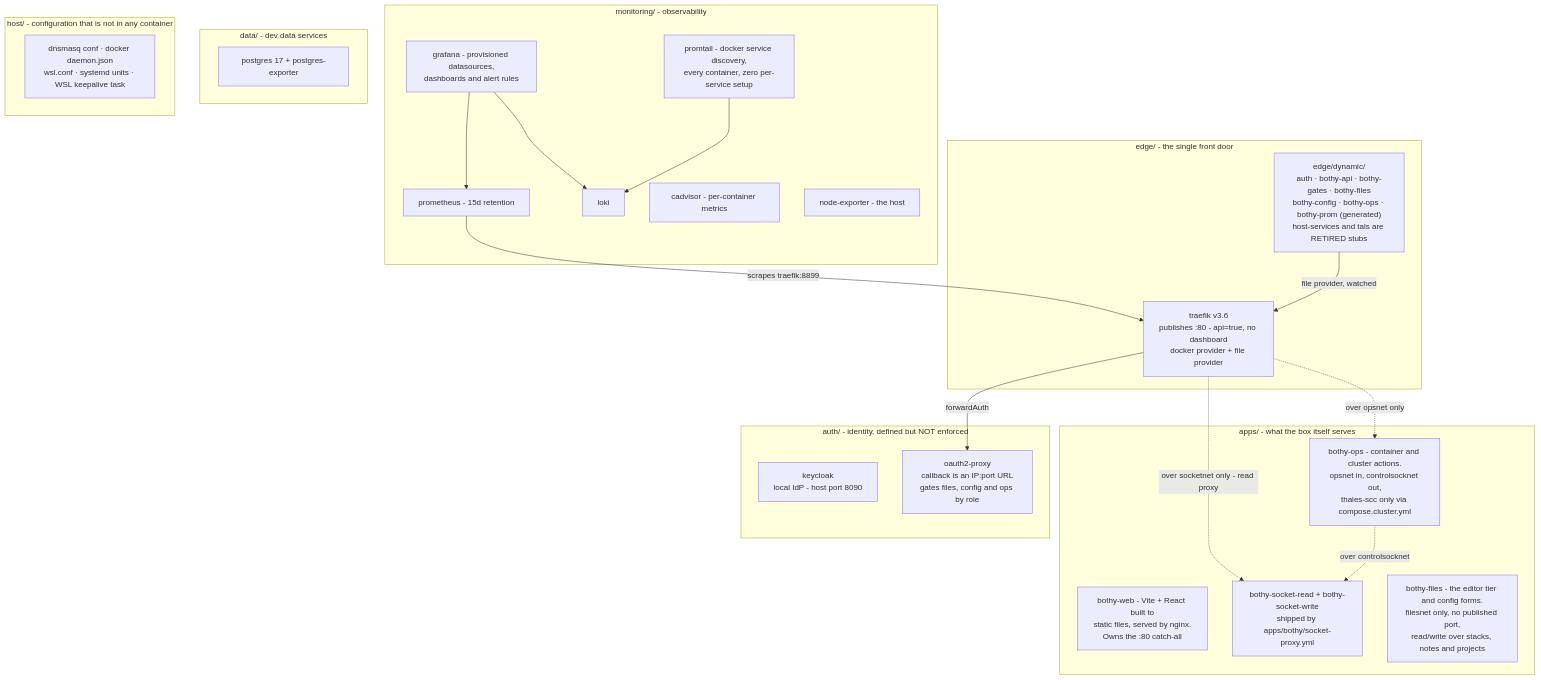
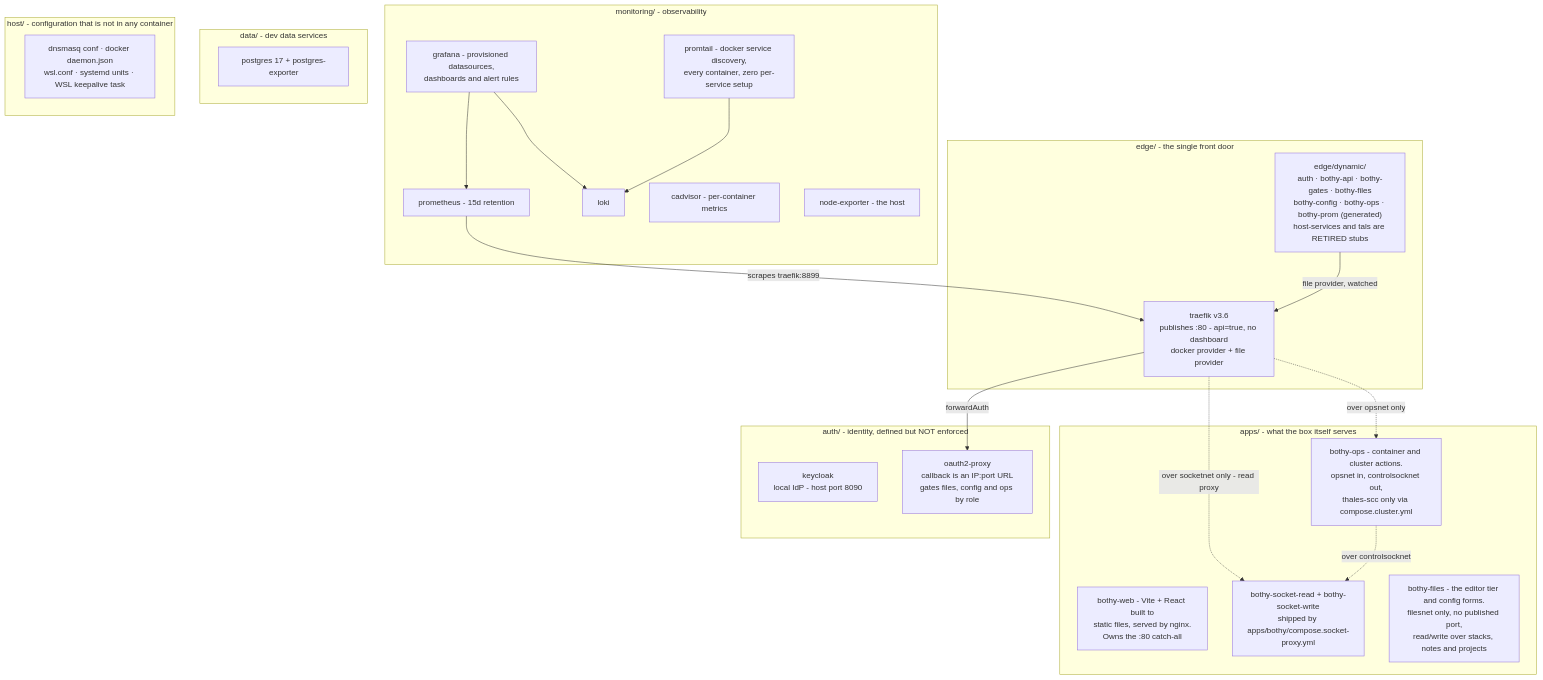
One commit to YehudaBriskman/Bothy changed the diagram in docs/diagrams/stacks.mmd. Above: the diagram before and after it, drawn with Mermaid. The commit also changed 26 other files, not shown here.

First line of the commit message:
fix(deps): rename socket-proxy.yml so Dependabot bumps the boundary image (#185)

```diff
--- a/docs/diagrams/stacks.mmd
+++ b/docs/diagrams/stacks.mmd
@@ -1,44 +1,44 @@
 flowchart TB
     subgraph s_edge["edge/ - the single front door"]
         TRAEFIK["traefik v3.6<br/>publishes :80 - api=true, no dashboard<br/>docker provider + file provider"]
         DYN["edge/dynamic/<br/>auth · bothy-api · bothy-gates · bothy-files<br/>bothy-config · bothy-ops · bothy-prom (generated)<br/>host-services and tals are RETIRED stubs"]
     end
 
     subgraph s_auth["auth/ - identity, defined but NOT enforced"]
         KC["keycloak<br/>local IdP - host port 8090"]
         OAUTH["oauth2-proxy<br/>callback is an IP:port URL<br/>gates files, config and ops by role"]
     end
 
     subgraph s_mon["monitoring/ - observability"]
         PROM["prometheus - 15d retention"]
         GRAF["grafana - provisioned datasources,<br/>dashboards and alert rules"]
         LOKI["loki"]
         PTAIL["promtail - docker service discovery,<br/>every container, zero per-service setup"]
         CADV["cadvisor - per-container metrics"]
         NEXP["node-exporter - the host"]
     end
 
     subgraph s_data["data/ - dev data services"]
         PG["postgres 17 + postgres-exporter"]
     end
 
     subgraph s_apps["apps/ - what the box itself serves"]
         PNEXT["bothy-web - Vite + React built to<br/>static files, served by nginx.<br/>Owns the :80 catch-all"]
-        PSOCK["bothy-socket-read + bothy-socket-write<br/>shipped by apps/bothy/socket-proxy.yml"]
+        PSOCK["bothy-socket-read + bothy-socket-write<br/>shipped by apps/bothy/compose.socket-proxy.yml"]
         PFILES["bothy-files - the editor tier and config forms.<br/>filesnet only, no published port,<br/>read/write over stacks, notes and projects"]
         POPS["bothy-ops - container and cluster actions.<br/>opsnet in, controlsocknet out,<br/>thales-scc only via compose.cluster.yml"]
     end
 
     subgraph s_host["host/ - configuration that is not in any container"]
         HOSTF["dnsmasq conf · docker daemon.json<br/>wsl.conf · systemd units · WSL keepalive task"]
     end
 
     DYN -->|"file provider, watched"| TRAEFIK
     TRAEFIK -->|"forwardAuth"| OAUTH
     TRAEFIK -.->|"over socketnet only - read proxy"| PSOCK
     TRAEFIK -.->|"over opsnet only"| POPS
     POPS -.->|"over controlsocknet"| PSOCK
     PTAIL --> LOKI
     GRAF --> PROM
     GRAF --> LOKI
     PROM -->|"scrapes traefik:8899"| TRAEFIK
```
